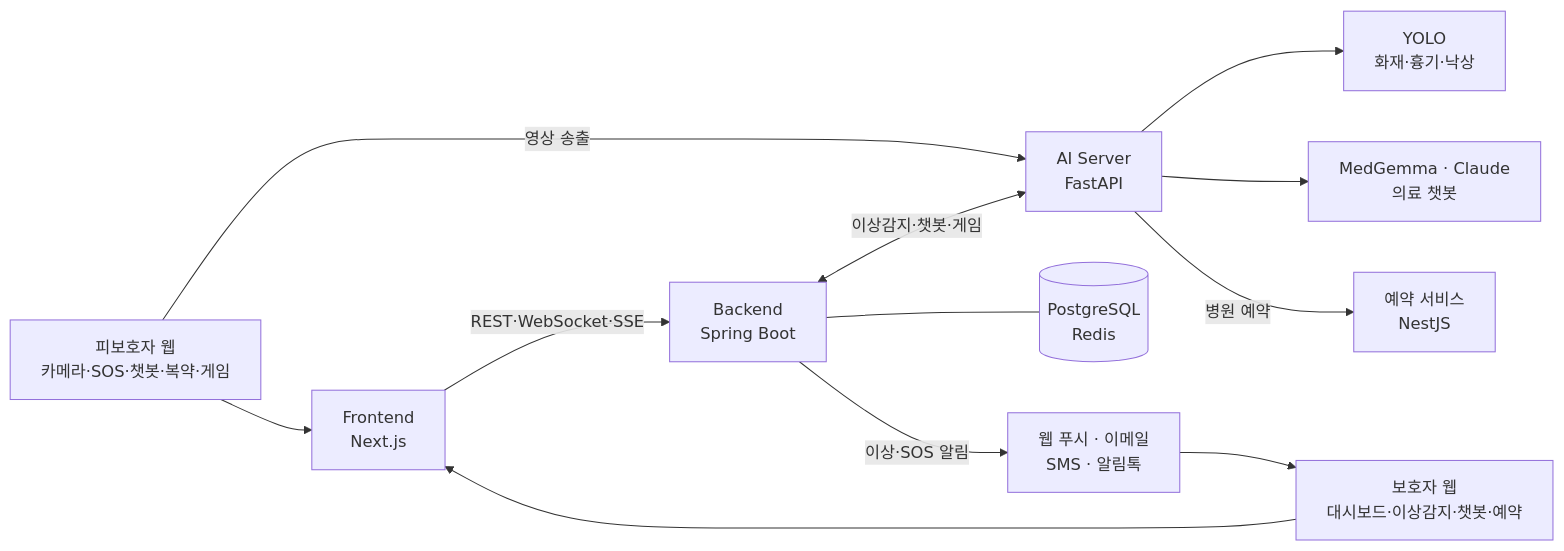
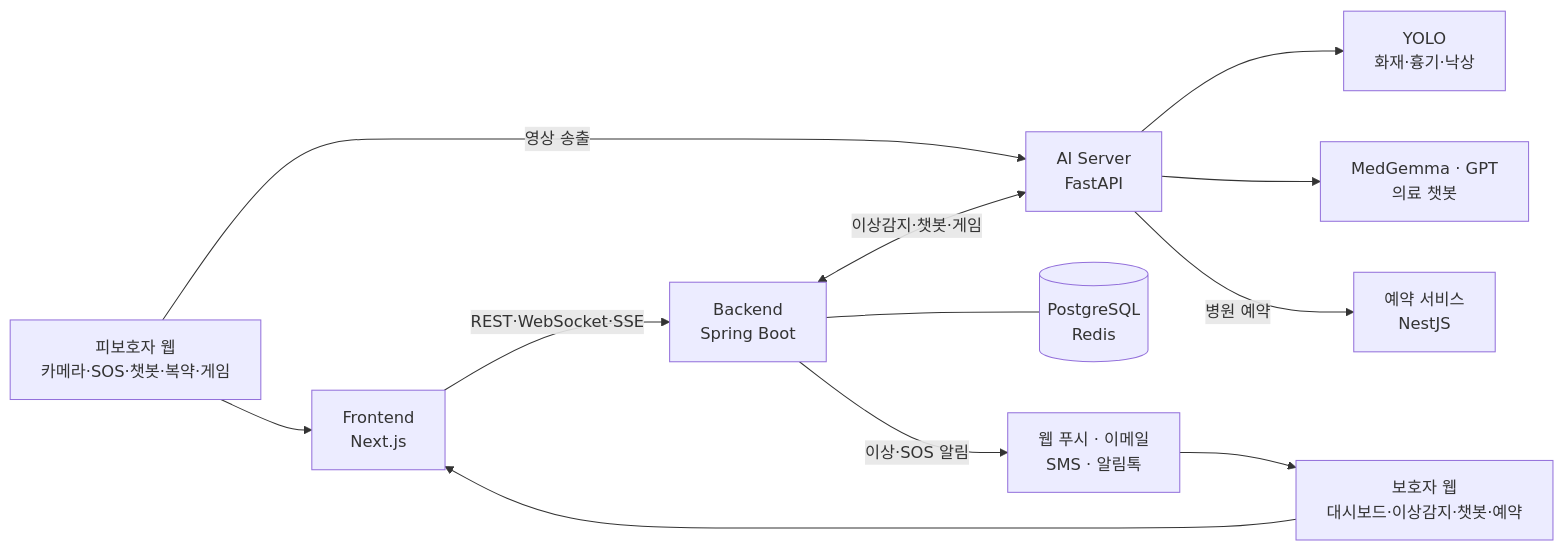
One commit to Dongyang-Mirae-University-software/.github changed the diagram in profile/README.md. Above: the diagram before and after it, drawn with Mermaid. The commit also changed other lines of this file, not shown here.

````diff
--- a/profile/README.md
+++ b/profile/README.md
@@ -111,14 +174,14 @@
 ```mermaid
 flowchart LR
     W["피보호자 웹<br/>카메라·SOS·챗봇·복약·게임"] -->|영상 송출| AI
     W --> FE
     G["보호자 웹<br/>대시보드·이상감지·챗봇·예약"] --> FE
     FE["Frontend<br/>Next.js"] -->|REST·WebSocket·SSE| BE["Backend<br/>Spring Boot"]
     BE --- DB[("PostgreSQL<br/>Redis")]
     BE <-->|이상감지·챗봇·게임| AI["AI Server<br/>FastAPI"]
     AI --> YOLO["YOLO<br/>화재·흉기·낙상"]
-    AI --> LLM["MedGemma · Claude<br/>의료 챗봇"]
+    AI --> LLM["MedGemma · GPT<br/>의료 챗봇"]
     AI -->|병원 예약| RS["예약 서비스<br/>NestJS"]
     BE -->|이상·SOS 알림| N["웹 푸시 · 이메일<br/>SMS · 알림톡"]
     N --> G
 ```
````
